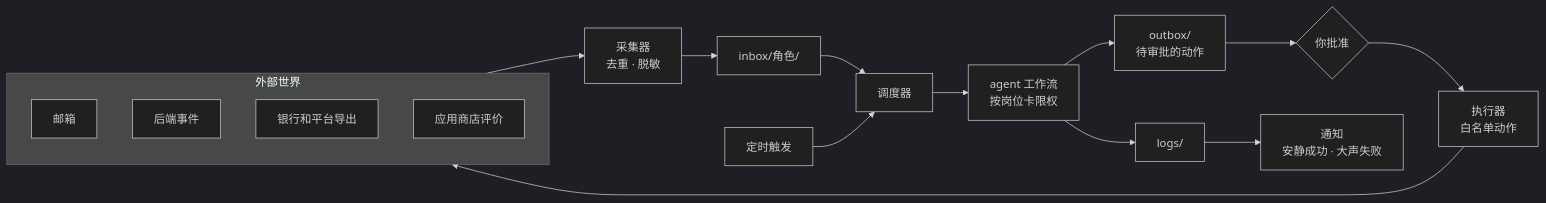
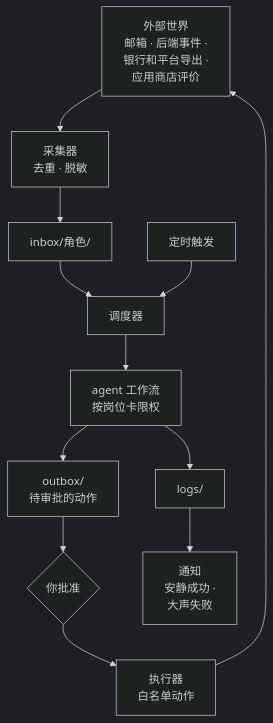
One commit to jarvis-pro/hatch-shelf changed the first of 2 diagrams in books/ai-native-opc/07-automation-pipeline.md. Above: the diagram before and after it, drawn with Mermaid (dark theme). The commit also changed other lines of this file and 432 other files, not shown here.

````diff
--- a/books/ai-native-opc/07-automation-pipeline.md
+++ b/books/ai-native-opc/07-automation-pipeline.md
@@ -7,20 +7,15 @@
 ```mermaid
-flowchart LR
-  subgraph SRC["外部世界"]
-    S1["邮箱"]
-    S2["后端事件"]
-    S3["银行和平台导出"]
-    S4["应用商店评价"]
-  end
+flowchart TD
+  SRC["外部世界<br/>邮箱 · 后端事件 ·<br/>银行和平台导出 ·<br/>应用商店评价"]
   SRC --> COL["采集器<br/>去重 · 脱敏"]
   COL --> IN["inbox/角色/"]
   IN --> DIS["调度器"]
   CRON["定时触发"] --> DIS
   DIS --> AG["agent 工作流<br/>按岗位卡限权"]
   AG --> LOG["logs/"]
   AG --> OUT["outbox/<br/>待审批的动作"]
   OUT --> YOU{"你批准"}
   YOU --> ACT["执行器<br/>白名单动作"]
   ACT --> SRC
-  LOG --> NOTI["通知<br/>安静成功 · 大声失败"]
+  LOG --> NOTI["通知<br/>安静成功 ·<br/>大声失败"]
 ```
````
